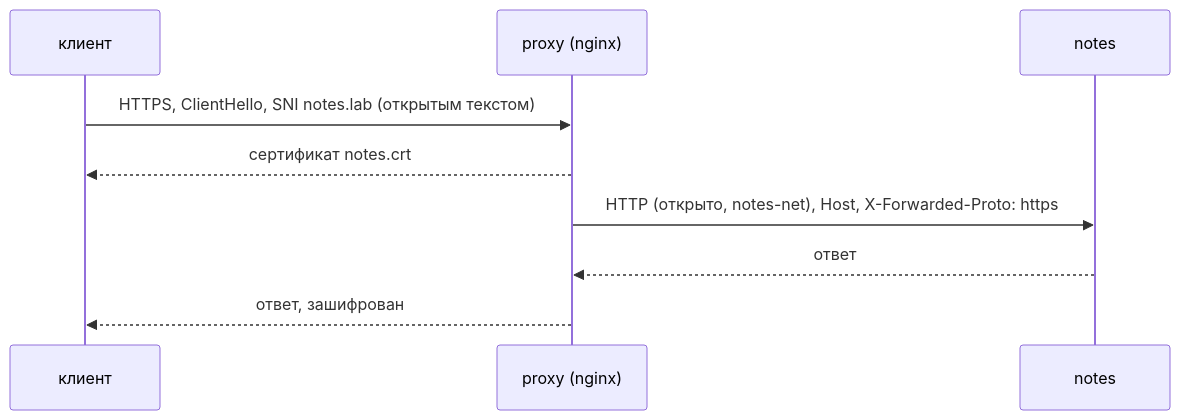
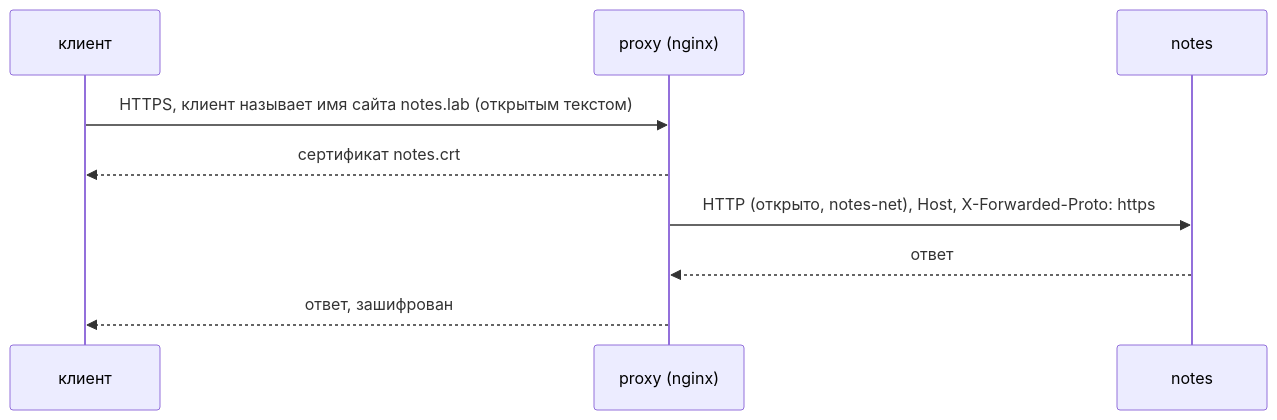
One commit to distinguished-sre/learning changed the fifth of 6 diagrams in devops/04-docker/06-compose-nginx-tls.md. Above: the diagram before and after it, drawn with Mermaid. The commit also changed other lines of this file and 462 other files, not shown here.

````diff
--- a/devops/04-docker/06-compose-nginx-tls.md
+++ b/devops/04-docker/06-compose-nginx-tls.md
@@ -281,11 +308,11 @@
 ```mermaid
 sequenceDiagram
     participant C as клиент
     participant P as proxy (nginx)
     participant N as notes
-    C->>P: HTTPS, ClientHello, SNI notes.lab (открытым текстом)
+    C->>P: HTTPS, клиент называет имя сайта notes.lab (открытым текстом)
     P-->>C: сертификат notes.crt
     P->>N: HTTP (открыто, notes-net), Host, X-Forwarded-Proto: https
     N-->>P: ответ
     P-->>C: ответ, зашифрован
 ```
````
